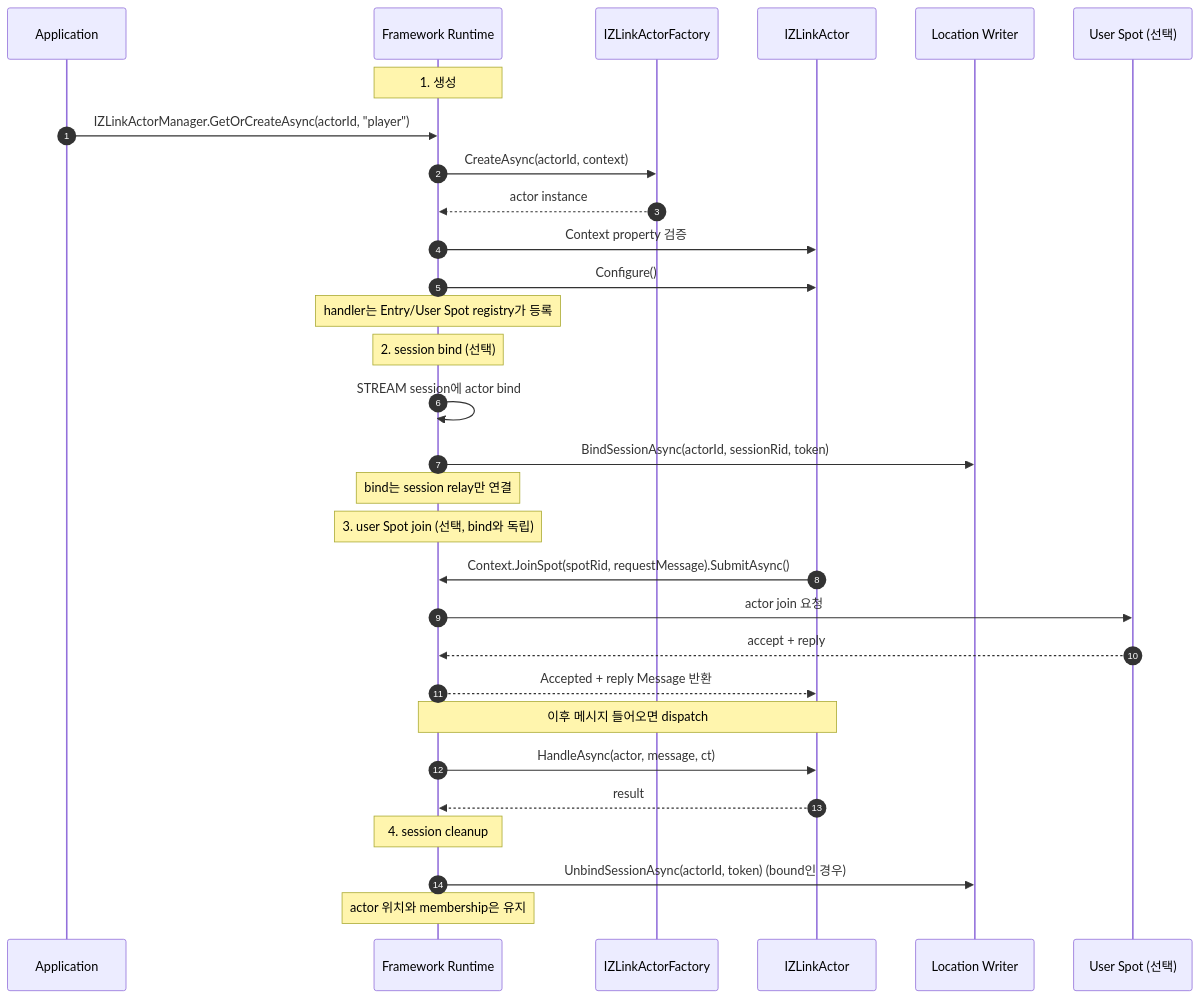
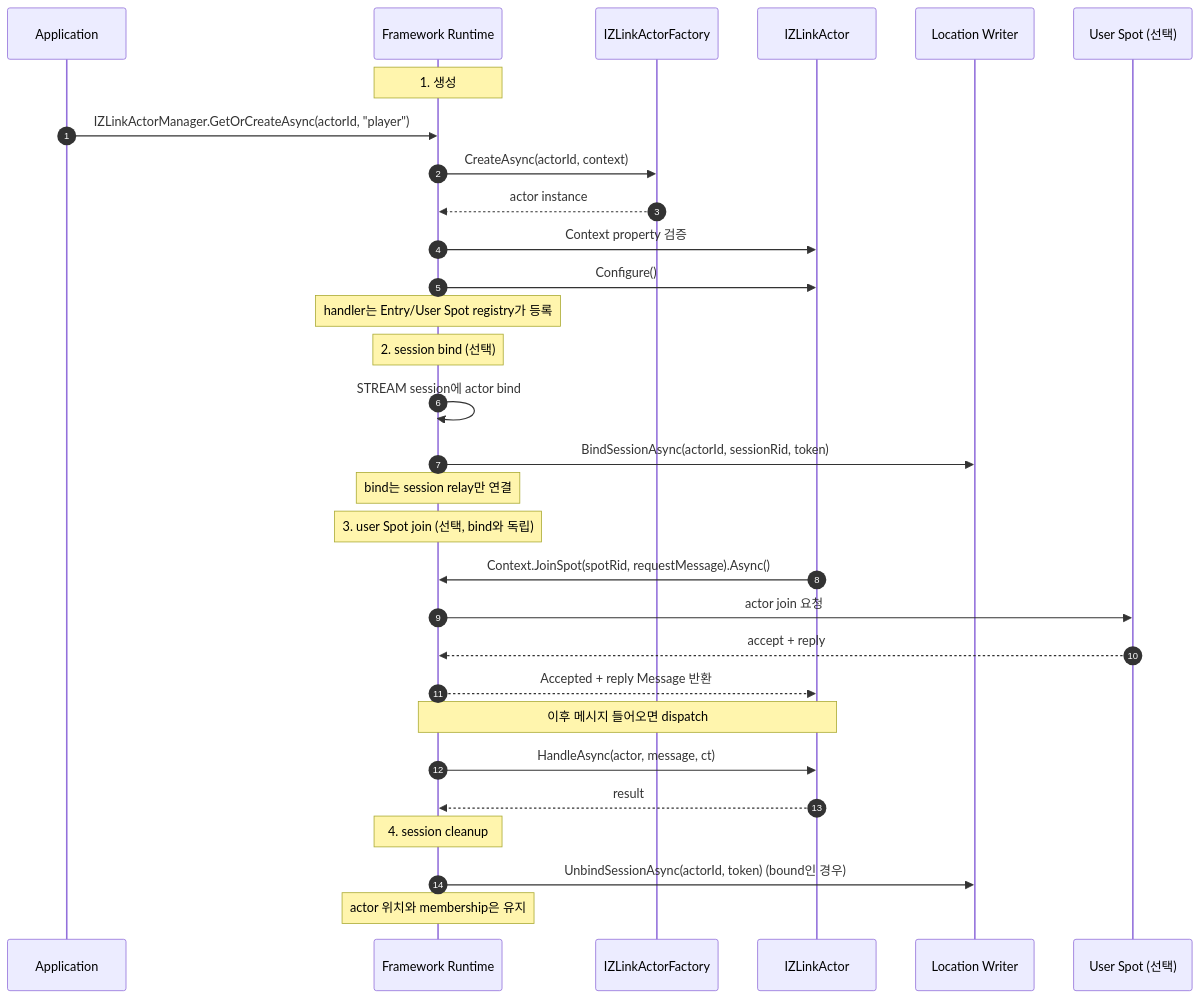
One commit to kairos-code-dev/zlink changed the first of 3 diagrams in framework/languages/dotnet/doc/spec/aspnet-core-actor.ko.md. Above: the diagram before and after it, drawn with Mermaid. The commit also changed other lines of this file and 127 other files, not shown here.

````diff
--- a/framework/languages/dotnet/doc/spec/aspnet-core-actor.ko.md
+++ b/framework/languages/dotnet/doc/spec/aspnet-core-actor.ko.md
@@ -255,37 +255,37 @@
 ```mermaid
 sequenceDiagram
     autonumber
     participant App as Application
     participant FW as Framework Runtime
     participant Fact as IZLinkActorFactory
     participant Act as IZLinkActor
     participant Loc as Location Writer
     participant Spot as User Spot (선택)
 
     Note over FW: 1. 생성
     App->>FW: IZLinkActorManager.GetOrCreateAsync(actorId, "player")
     FW->>Fact: CreateAsync(actorId, context)
     Fact-->>FW: actor instance
     FW->>Act: Context property 검증
     FW->>Act: Configure()
     Note over FW: handler는 Entry/User Spot registry가 등록
 
     Note over FW: 2. session bind (선택)
     FW->>FW: STREAM session에 actor bind
     FW->>Loc: BindSessionAsync(actorId, sessionRid, token)
     Note over FW: bind는 session relay만 연결
 
     Note over FW: 3. user Spot join (선택, bind와 독립)
-    Act->>FW: Context.JoinSpot(spotRid, requestMessage).SubmitAsync()
+    Act->>FW: Context.JoinSpot(spotRid, requestMessage).Async()
     FW->>Spot: actor join 요청
     Spot-->>FW: accept + reply
     FW-->>Act: Accepted + reply Message 반환
 
     Note over FW,Act: 이후 메시지 들어오면 dispatch
     FW->>Act: HandleAsync(actor, message, ct)
     Act-->>FW: result
 
     Note over FW: 4. session cleanup
     FW->>Loc: UnbindSessionAsync(actorId, token) (bound인 경우)
     Note over FW: actor 위치와 membership은 유지
 ```
````
